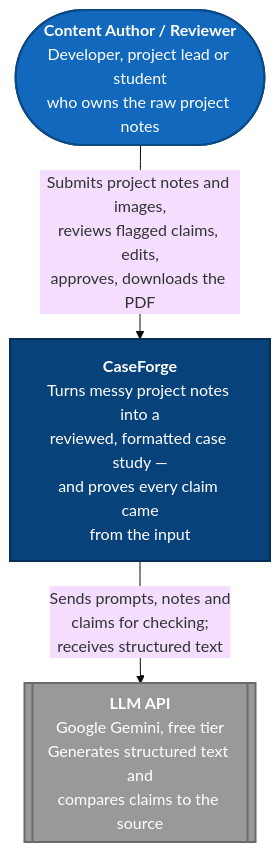
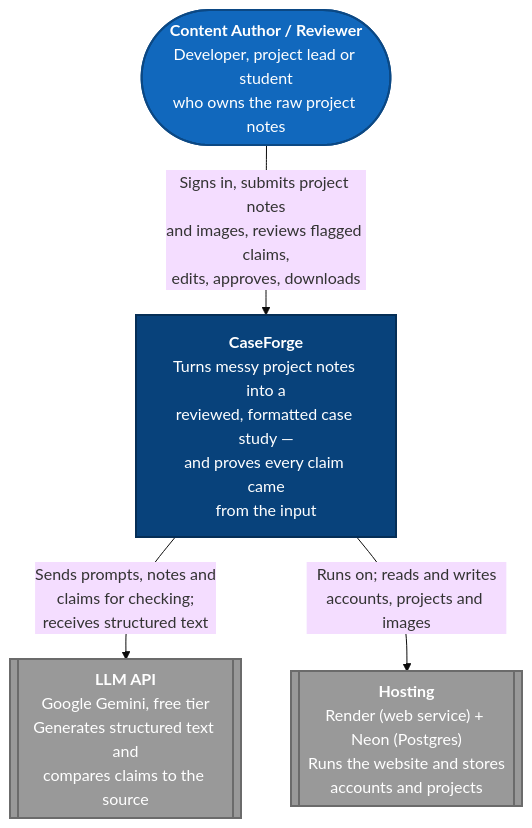
The diagram in docs/c4-context.md (RainHardi/CaseForge), drawn with Mermaid (base theme) before and after one commit. The commit also changed other lines of this file and 10 other files, not shown here.

````diff
--- a/docs/c4-context.md
+++ b/docs/c4-context.md
@@ -12,19 +12,22 @@
 ```mermaid
 flowchart TB
     User(["<b>Content Author / Reviewer</b><br/>Developer, project lead or student<br/>who owns the raw project notes"])
 
     System["<b>CaseForge</b><br/>Turns messy project notes into a<br/>reviewed, formatted case study —<br/>and proves every claim came<br/>from the input"]
 
     LLM[["<b>LLM API</b><br/>Google Gemini, free tier<br/>Generates structured text and<br/>compares claims to the source"]]
 
-    User -- "Submits project notes and images,<br/>reviews flagged claims, edits,<br/>approves, downloads the PDF" --> System
+    Host[["<b>Hosting</b><br/>Render (web service) + Neon (Postgres)<br/>Runs the website and stores<br/>accounts and projects"]]
+
+    User -- "Signs in, submits project notes<br/>and images, reviews flagged claims,<br/>edits, approves, downloads" --> System
     System -- "Sends prompts, notes and<br/>claims for checking;<br/>receives structured text" --> LLM
+    System -- "Runs on; reads and writes<br/>accounts, projects and images" --> Host
 
     classDef person fill:#1168bd,color:#fff,stroke:#0b4884,stroke-width:2px
     classDef system fill:#08427b,color:#fff,stroke:#052e56,stroke-width:2px
     classDef external fill:#999999,color:#fff,stroke:#6b6b6b,stroke-width:2px
 
     class User person
     class System system
-    class LLM external
+    class LLM,Host external
 ```
````
